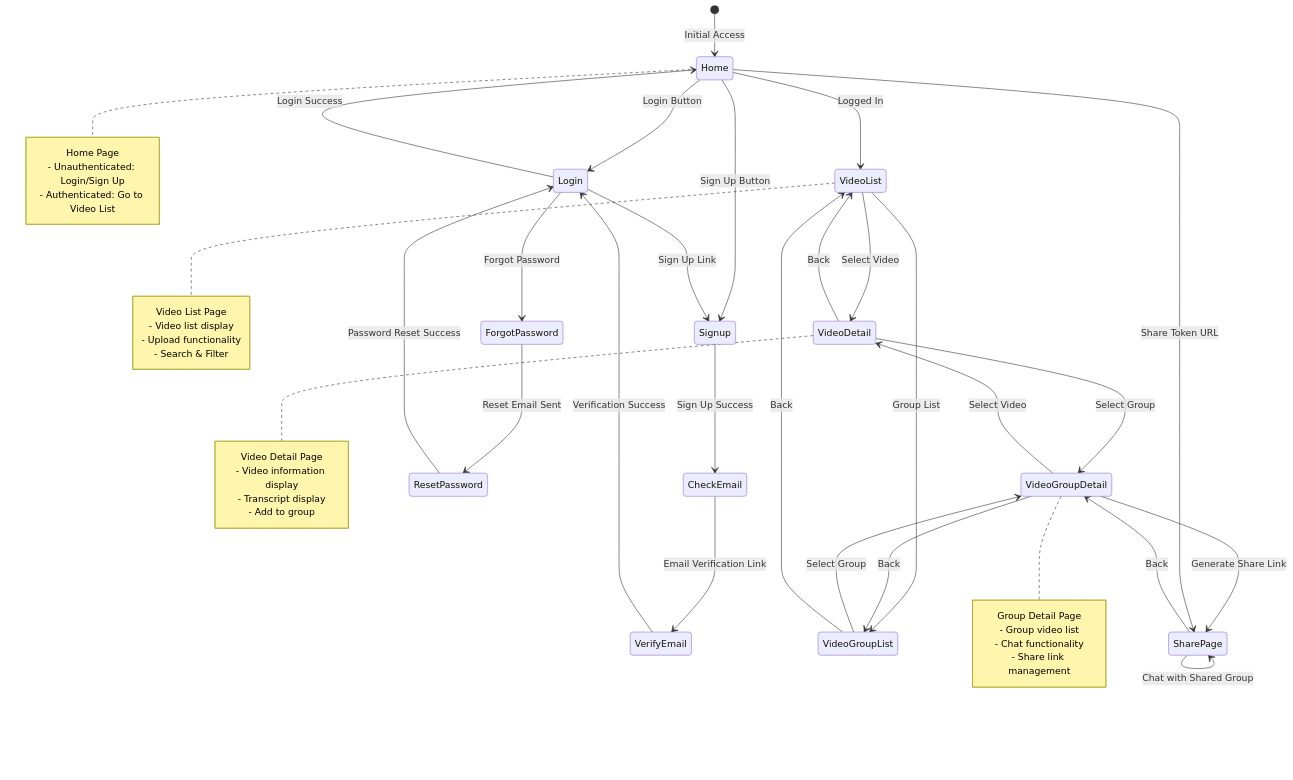
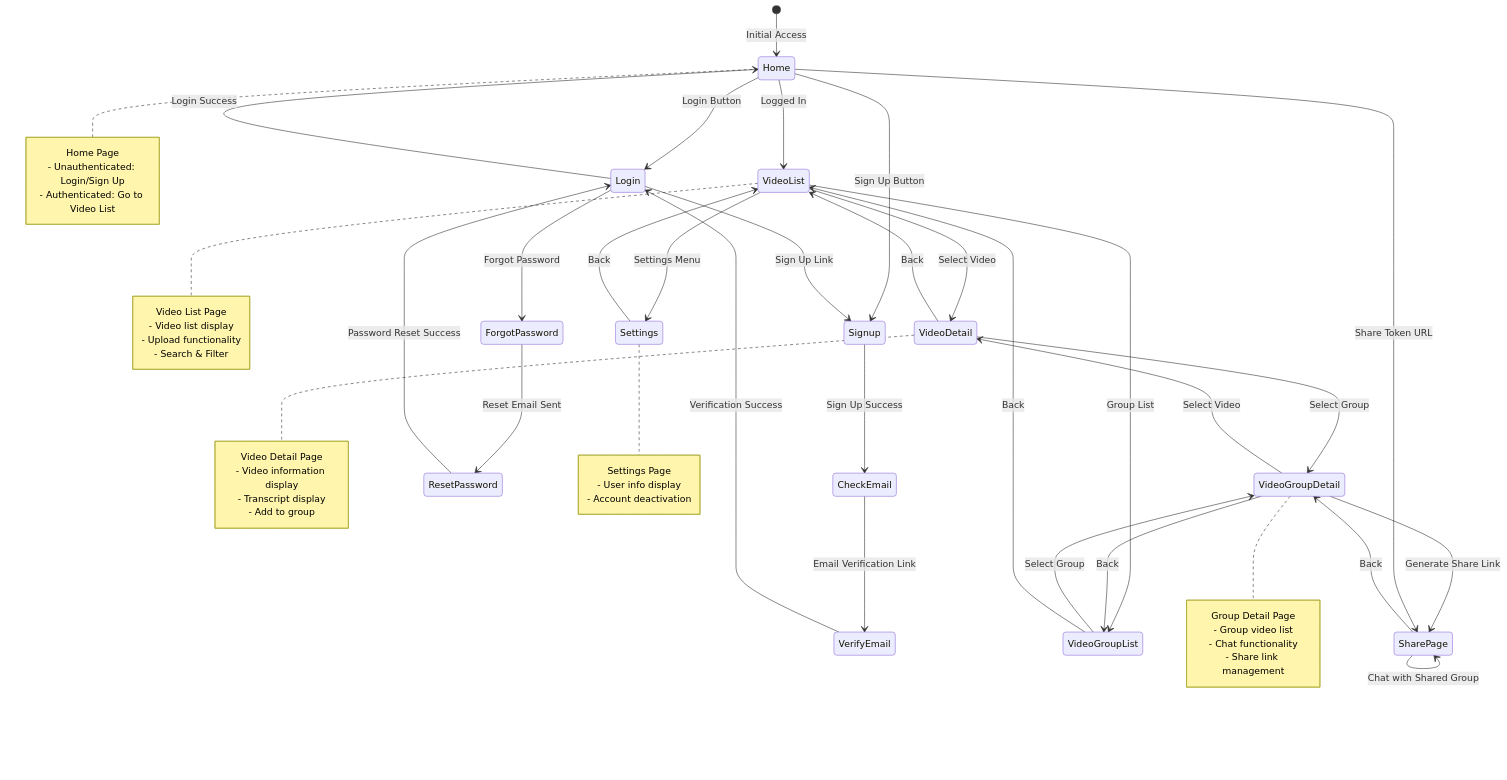
The diagram in docs/requirements/screen-transition-diagram.md (yukiharada1228/videoq), drawn with Mermaid before and after one commit. The commit also changed other lines of this file and 13 other files, not shown here.

Commit message:
docs: update diagrams for account deactivation

````diff
--- a/docs/requirements/screen-transition-diagram.md
+++ b/docs/requirements/screen-transition-diagram.md
@@ -9,64 +9,73 @@
 ```mermaid
 stateDiagram-v2
     [*] --> Home: Initial Access
     
     Home --> Login: Login Button
     Home --> Signup: Sign Up Button
     
     Login --> Home: Login Success
     Login --> ForgotPassword: Forgot Password
     Login --> Signup: Sign Up Link
     
     Signup --> CheckEmail: Sign Up Success
     CheckEmail --> VerifyEmail: Email Verification Link
     VerifyEmail --> Login: Verification Success
     
     ForgotPassword --> ResetPassword: Reset Email Sent
     ResetPassword --> Login: Password Reset Success
     
     Home --> VideoList: Logged In
     VideoList --> VideoDetail: Select Video
     VideoList --> VideoGroupList: Group List
     
     VideoDetail --> VideoList: Back
     VideoDetail --> VideoGroupDetail: Select Group
     
     VideoGroupList --> VideoGroupDetail: Select Group
     VideoGroupList --> VideoList: Back
     
     VideoGroupDetail --> VideoGroupList: Back
     VideoGroupDetail --> VideoDetail: Select Video
     VideoGroupDetail --> SharePage: Generate Share Link
     
     SharePage --> VideoGroupDetail: Back
 
     Home --> SharePage: Share Token URL
     SharePage --> SharePage: Chat with Shared Group
+
+    VideoList --> Settings: Settings Menu
+    Settings --> VideoList: Back
     
     note right of Home
         Home Page
         - Unauthenticated: Login/Sign Up
         - Authenticated: Go to Video List
     end note
     
     note right of VideoList
         Video List Page
         - Video list display
         - Upload functionality
         - Search & Filter
     end note
     
     note right of VideoDetail
         Video Detail Page
         - Video information display
         - Transcript display
         - Add to group
     end note
     
     note right of VideoGroupDetail
         Group Detail Page
         - Group video list
         - Chat functionality
         - Share link management
     end note
+
+    note right of Settings
+        Settings Page
+        - User info display
+        - Account deactivation
+    end note
 ```
````
